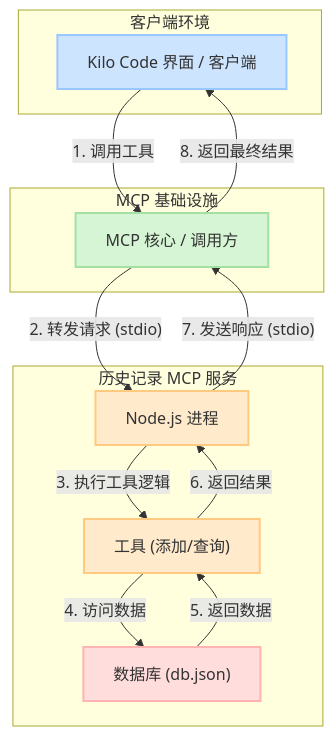
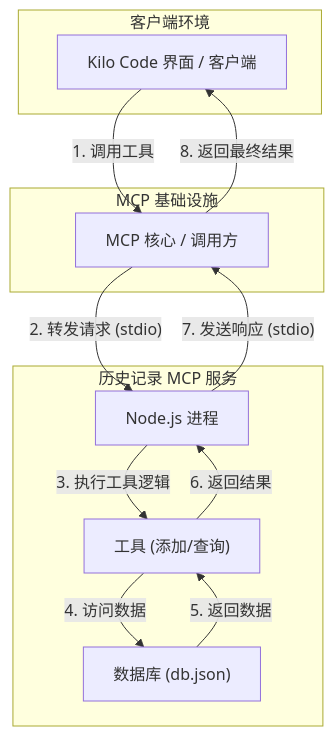
One commit to lijiaming1009/Historical-Record-MCP-Server changed the diagram in README.md. Above: the diagram before and after it, drawn with Mermaid. The commit also changed 1 other file, not shown here.

Commit message:
一个用于记录和管理 AI 交互历史的模型上下文协议 (MCP) 服务

````diff
--- a/README.md
+++ b/README.md
@@ -72,32 +72,25 @@
 ```mermaid
 graph TD
     subgraph "客户端环境"
         A["Kilo Code 界面 / 客户端"]
     end
 
     subgraph "MCP 基础设施"
         B["MCP 核心 / 调用方"]
     end
 
     subgraph "历史记录 MCP 服务"
         C["Node.js 进程"]
         D["工具 (添加/查询)"]
         E["数据库 (db.json)"]
     end
 
     A -- "1. 调用工具" --> B
     B -- "2. 转发请求 (stdio)" --> C
     C -- "3. 执行工具逻辑" --> D
     D -- "4. 访问数据" --> E
     E -- "5. 返回数据" --> D
     D -- "6. 返回结果" --> C
     C -- "7. 发送响应 (stdio)" --> B
     B -- "8. 返回最终结果" --> A
-
-    %% 样式定义
-    style A fill:#cde4ff,stroke:#99c7ff,stroke-width:2px
-    style B fill:#d5f5d5,stroke:#a3e0a3,stroke-width:2px
-    style C fill:#ffeacc,stroke:#ffca80,stroke-width:2px
-    style D fill:#ffeacc,stroke:#ffca80,stroke-width:2px
-    style E fill:#ffdddd,stroke:#ffb3b3,stroke-width:2px
 ```
````
